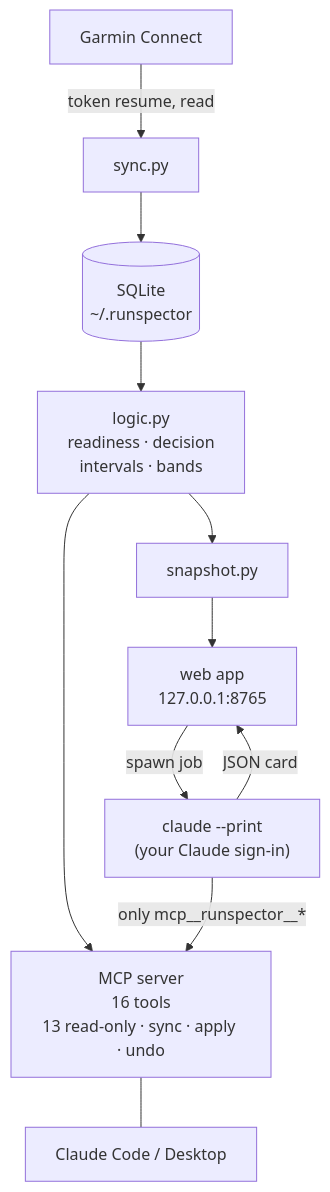
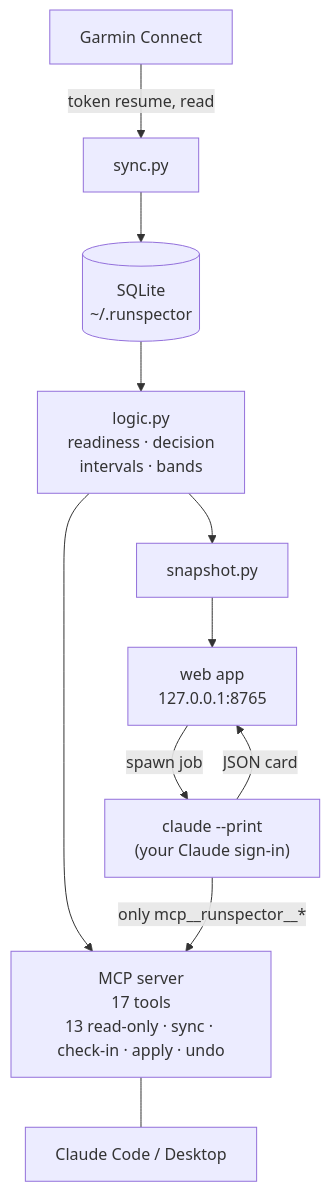
One commit to edxleon/runcoach-ai changed the diagram in README.md. Above: the diagram before and after it, drawn with Mermaid. The commit also changed other lines of this file and 36 other files, not shown here.

````diff
--- a/README.md
+++ b/README.md
@@ -299,13 +300,13 @@
 ```mermaid
 flowchart TD
     G[Garmin Connect] -- "token resume, read" --> S[sync.py]
     S --> DB[(SQLite<br/>~/.runspector)]
     DB --> L[logic.py<br/>readiness · decision<br/>intervals · bands]
     L --> SNAP[snapshot.py]
     SNAP --> WEB[web app<br/>127.0.0.1:8765]
-    L --> MCP[MCP server<br/>16 tools<br/>13 read-only · sync · apply · undo]
+    L --> MCP[MCP server<br/>17 tools<br/>13 read-only · sync · check-in · apply · undo]
     WEB -- "spawn job" --> A["claude --print<br/>(your Claude sign-in)"]
     A -- "only mcp__runspector__*" --> MCP
     A -- "JSON card" --> WEB
     MCP --- CC[Claude Code / Desktop]
 ```
````
